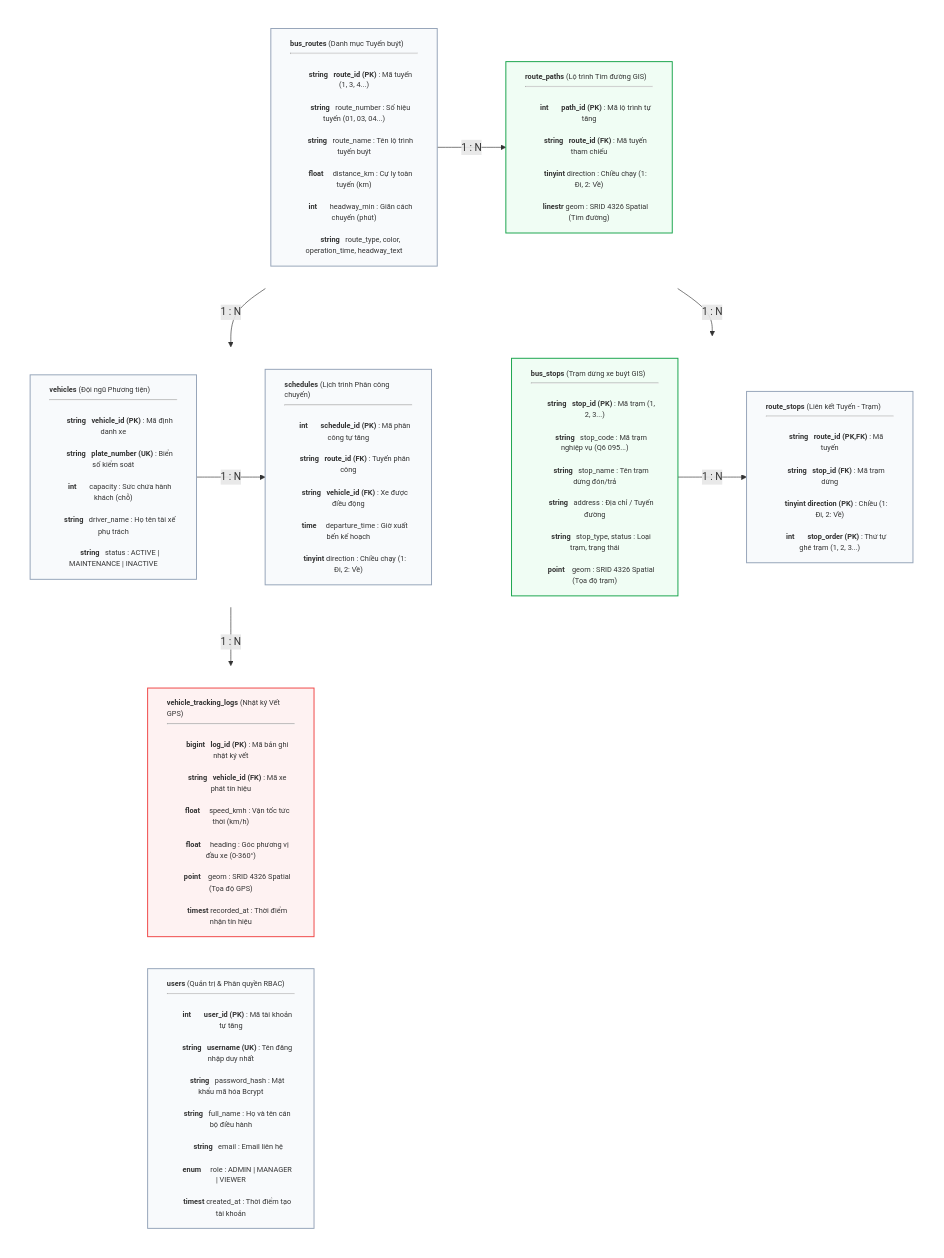
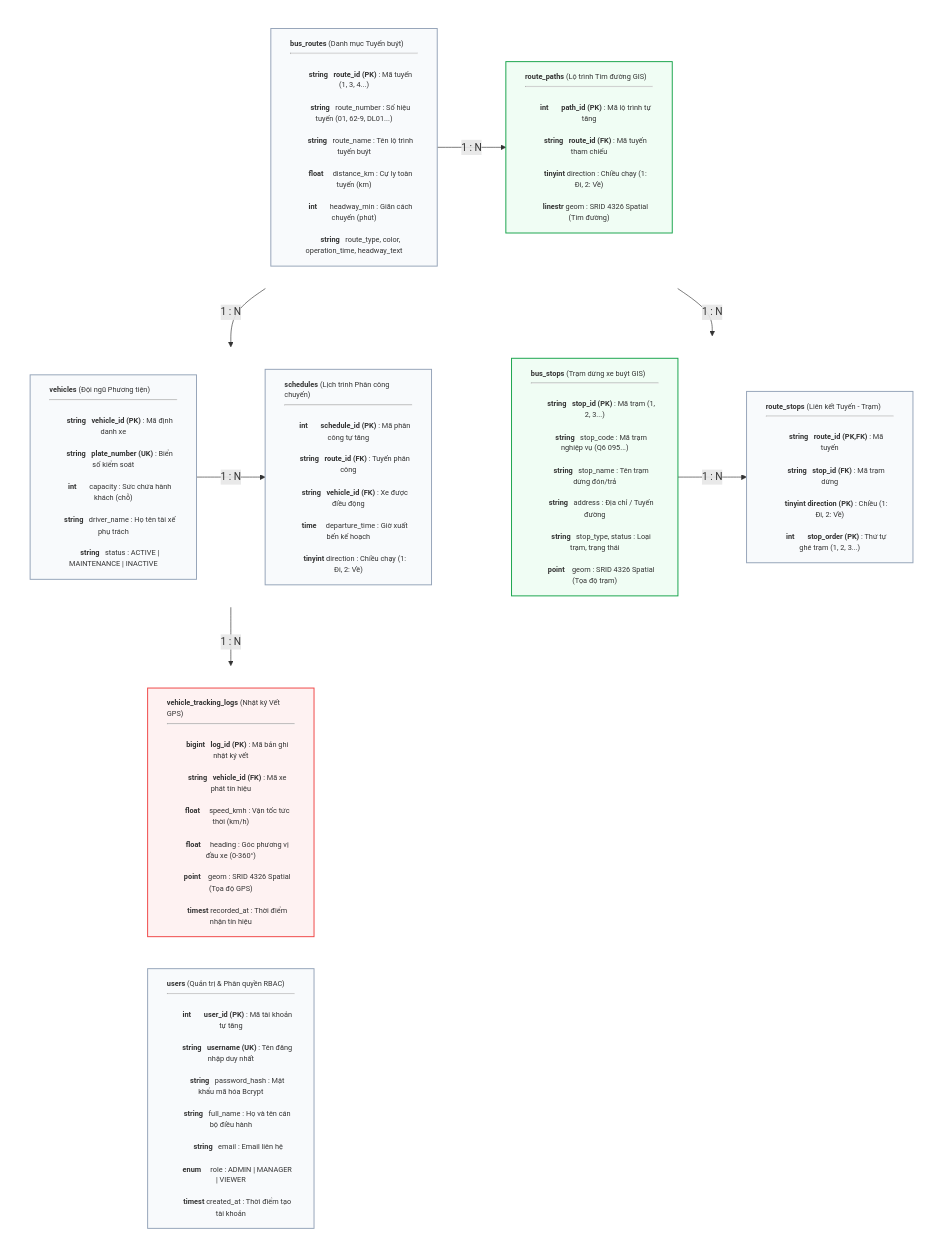
One commit to tungnguyen8389/bus-gis-tracking changed the diagram in docs/DATABASE_SPECIFICATION.md. Above: the diagram before and after it, drawn with Mermaid. The commit also changed other lines of this file and 6 other files, not shown here.

```diff
--- a/docs/DATABASE_SPECIFICATION.md
+++ b/docs/DATABASE_SPECIFICATION.md
@@ -38,7 +63,7 @@
         direction LR
         T_ROUTES["<b>bus_routes</b> (Danh mục Tuyến buýt)<hr/>
         <b>string</b> &nbsp; <b>route_id (PK)</b> : Mã tuyến (1, 3, 4...)<br/>
-        <b>string</b> &nbsp; route_number : Số hiệu tuyến (01, 03, 04...)<br/>
+        <b>string</b> &nbsp; route_number : Số hiệu tuyến (01, 62-9, DL01...)<br/>
         <b>string</b> &nbsp; route_name : Tên lộ trình tuyến buýt<br/>
         <b>float</b> &nbsp;&nbsp;&nbsp; distance_km : Cự ly toàn tuyến (km)<br/>
         <b>int</b> &nbsp;&nbsp;&nbsp;&nbsp;&nbsp; headway_min : Giãn cách chuyến (phút)<br/>
```
